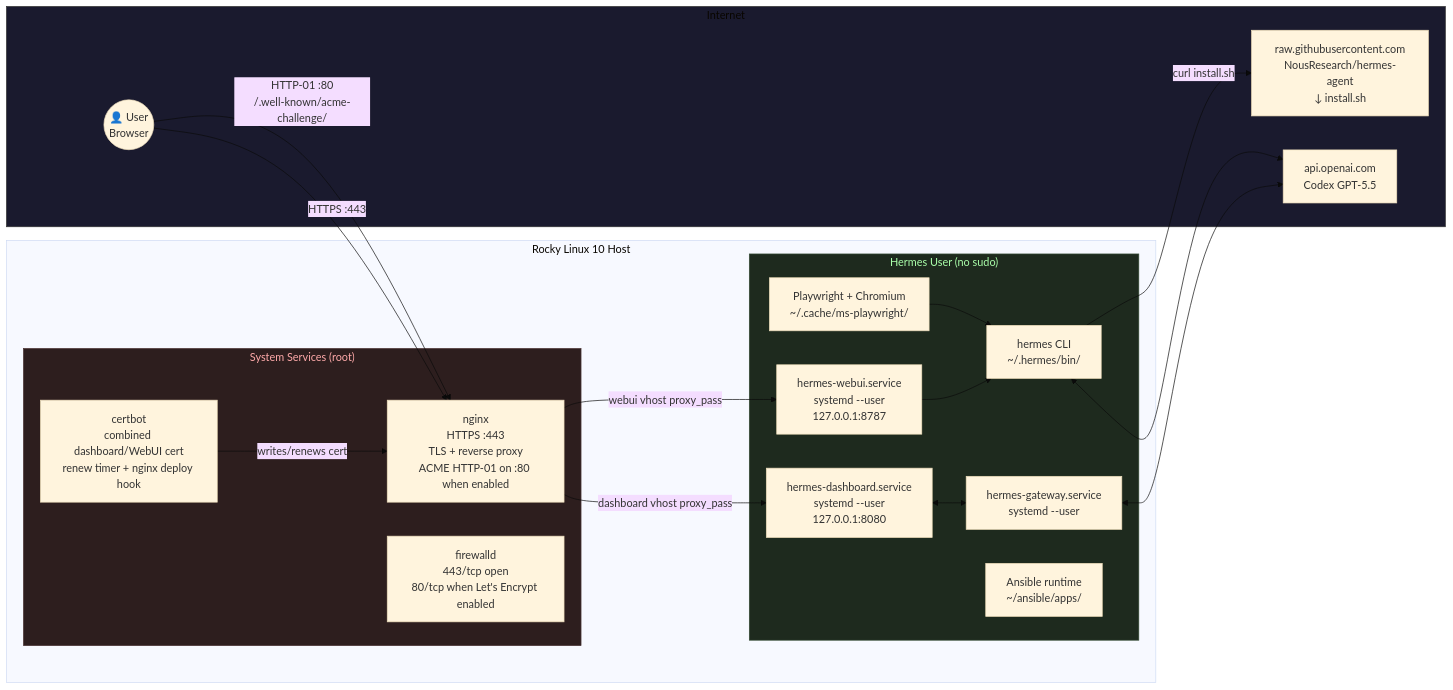
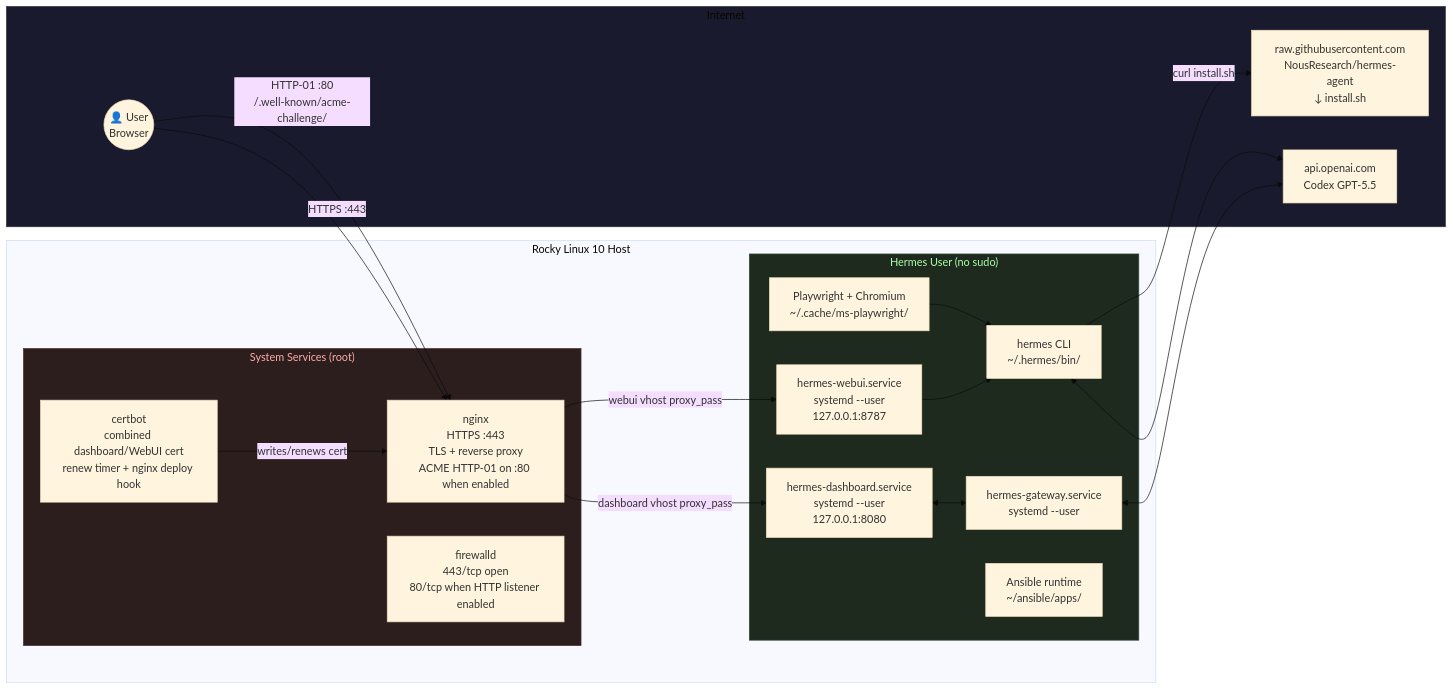
The second of 2 diagrams in docs/install-flowchart.md (joe-speedboat/ansible.hermes_setup), drawn with Mermaid before and after one commit. The commit also changed other lines of this file and 5 other files, not shown here.

````diff
--- a/docs/install-flowchart.md
+++ b/docs/install-flowchart.md
@@ -177,42 +177,42 @@
 ```mermaid
 %%{init: {'theme': 'base'}}%%
 flowchart LR
     subgraph EXTERNAL["Internet"]
         USER((👤 User\nBrowser))
         HERMES_INST["raw.githubusercontent.com\nNousResearch/hermes-agent\n↓ install.sh"]
         CODEX["api.openai.com\nCodex GPT-5.5"]
     end
 
     subgraph HOST["Rocky Linux 10 Host"]
         subgraph SYSTEM["System Services (root)"]
             NGINX["nginx\nHTTPS :443\nTLS + reverse proxy\nACME HTTP-01 on :80 when enabled"]
             CERTBOT["certbot\ncombined dashboard/WebUI cert\nrenew timer + nginx deploy hook"]
-            FIREWALL["firewalld\n443/tcp open\n80/tcp when Let's Encrypt enabled"]
+            FIREWALL["firewalld\n443/tcp open\n80/tcp when HTTP listener enabled"]
         end
 
         subgraph HERMES_USER["Hermes User (no sudo)"]
             GW["hermes-gateway.service\nsystemd --user"]
             DASH["hermes-dashboard.service\nsystemd --user\n127.0.0.1:8080"]
             WEBUI["hermes-webui.service\nsystemd --user\n127.0.0.1:8787"]
             CLI["hermes CLI\n~/.hermes/bin/"]
             ANSIBLE["Ansible runtime\n~/ansible/apps/"]
             PW["Playwright + Chromium\n~/.cache/ms-playwright/"]
         end
     end
 
     USER -->|"HTTPS :443"| NGINX
     USER -->|"HTTP-01 :80\n/.well-known/acme-challenge/"| NGINX
     CERTBOT -->|"writes/renews cert"| NGINX
     NGINX -->|"dashboard vhost proxy_pass"| DASH
     NGINX -->|"webui vhost proxy_pass"| WEBUI
     DASH <--> GW
     WEBUI --> CLI
     GW <--> CODEX
     CLI -->|"curl install.sh"| HERMES_INST
     CLI <--> CODEX
     PW --> CLI
 
     style EXTERNAL fill:#1a1a2e,stroke:#333
     style SYSTEM fill:#2d1e1e,stroke:#4a3333,color:#ffaaaa
     style HERMES_USER fill:#1e2a1e,stroke:#334a33,color:#aaffaa
 ```
````
